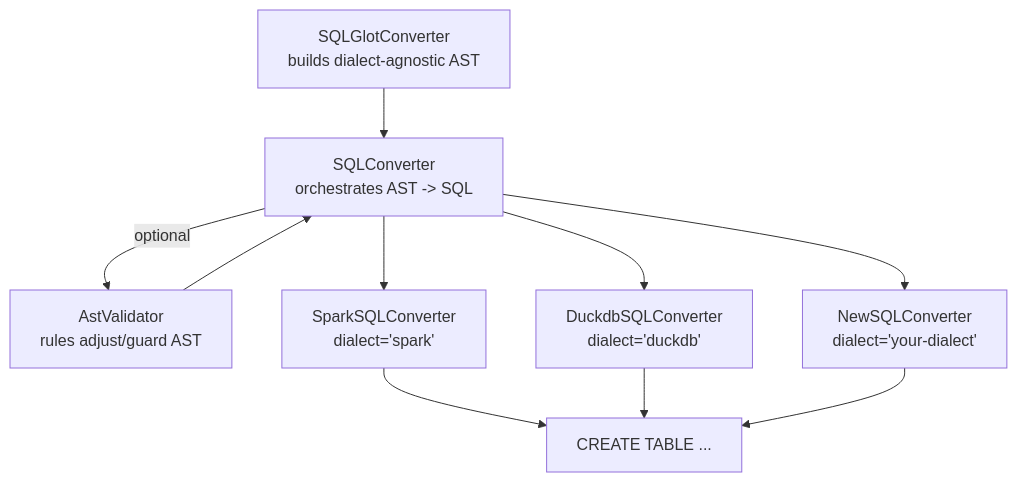
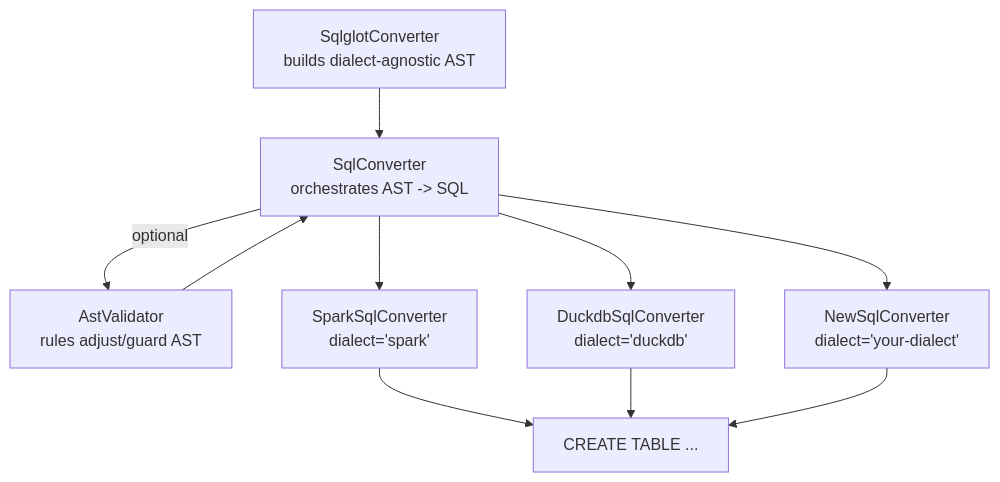
Before and after one commit to erich-hs/yads: the diagram in docs/api/converters/sql/sql.md, drawn with Mermaid. The commit also changed other lines of this file and 21 other files, not shown here.

````diff
--- a/docs/api/converters/sql/sql.md
+++ b/docs/api/converters/sql/sql.md
@@ -9,13 +9,13 @@
 ```mermaid
 flowchart TD
-    SQLGlotConverter["SQLGlotConverter<br/>builds dialect-agnostic AST"]
-    SQLGlotConverter --> SQLConverter["SQLConverter<br/>orchestrates AST -> SQL"]
-    SQLConverter -->|optional| AstValidator["AstValidator<br/>rules adjust/guard AST"]
-    AstValidator --> SQLConverter
-    SQLConverter --> Spark["SparkSQLConverter<br/>dialect='spark'"]
-    SQLConverter --> Duckdb["DuckdbSQLConverter<br/>dialect='duckdb'"]
-    SQLConverter --> New["NewSQLConverter<br/>dialect='your-dialect'"]
+    SqlglotConverter["SqlglotConverter<br/>builds dialect-agnostic AST"]
+    SqlglotConverter --> SqlConverter["SqlConverter<br/>orchestrates AST -> SQL"]
+    SqlConverter -->|optional| AstValidator["AstValidator<br/>rules adjust/guard AST"]
+    AstValidator --> SqlConverter
+    SqlConverter --> Spark["SparkSqlConverter<br/>dialect='spark'"]
+    SqlConverter --> Duckdb["DuckdbSqlConverter<br/>dialect='duckdb'"]
+    SqlConverter --> New["NewSqlConverter<br/>dialect='your-dialect'"]
     Spark --> SQLString["CREATE TABLE ..."]
     Duckdb --> SQLString
     New --> SQLString
 ```
````
